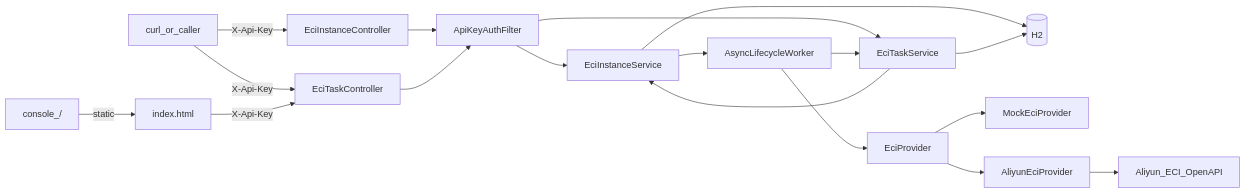
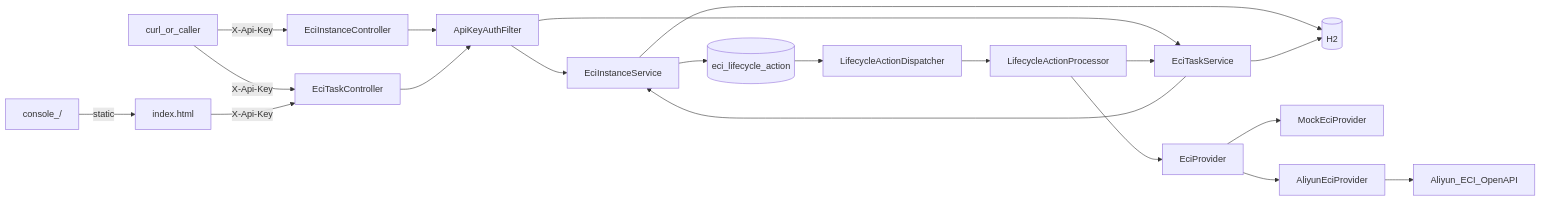
The diagram in eci-manager/AGENT_CONTEXT.md (XJI1234/XJICloud), drawn with Mermaid before and after one commit. The commit also changed other lines of this file and 83 other files, not shown here.

````diff
--- a/eci-manager/AGENT_CONTEXT.md
+++ b/eci-manager/AGENT_CONTEXT.md
@@ -111,20 +162,22 @@
 ```mermaid
 flowchart LR
   Browser["console_/"] -->|"static"| Page["index.html"]
   Client["curl_or_caller"] -->|"X-Api-Key"| InstAPI["EciInstanceController"]
   Client -->|"X-Api-Key"| TaskAPI["EciTaskController"]
   Page -->|"X-Api-Key"| TaskAPI
   InstAPI --> Filter["ApiKeyAuthFilter"]
   TaskAPI --> Filter
   Filter --> InstSvc["EciInstanceService"]
   Filter --> TaskSvc["EciTaskService"]
   TaskSvc --> InstSvc
   InstSvc --> DB[(H2)]
   TaskSvc --> DB
-  InstSvc --> Worker["AsyncLifecycleWorker"]
-  Worker --> Prov["EciProvider"]
-  Worker --> TaskSvc
+  InstSvc --> Actions[(eci_lifecycle_action)]
+  Actions --> Dispatcher["LifecycleActionDispatcher"]
+  Dispatcher --> Processor["LifecycleActionProcessor"]
+  Processor --> Prov["EciProvider"]
+  Processor --> TaskSvc
   Prov --> Mock["MockEciProvider"]
   Prov --> Aliyun["AliyunEciProvider"]
   Aliyun --> Cloud["Aliyun_ECI_OpenAPI"]
 ```
````
